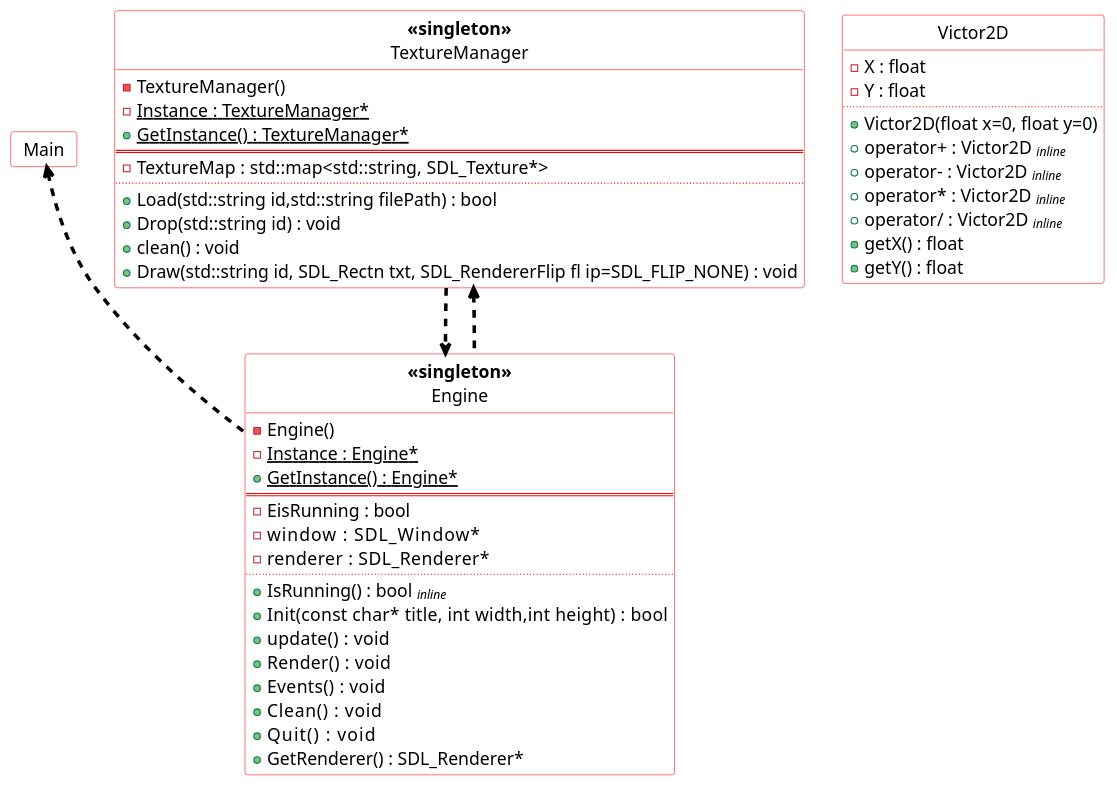
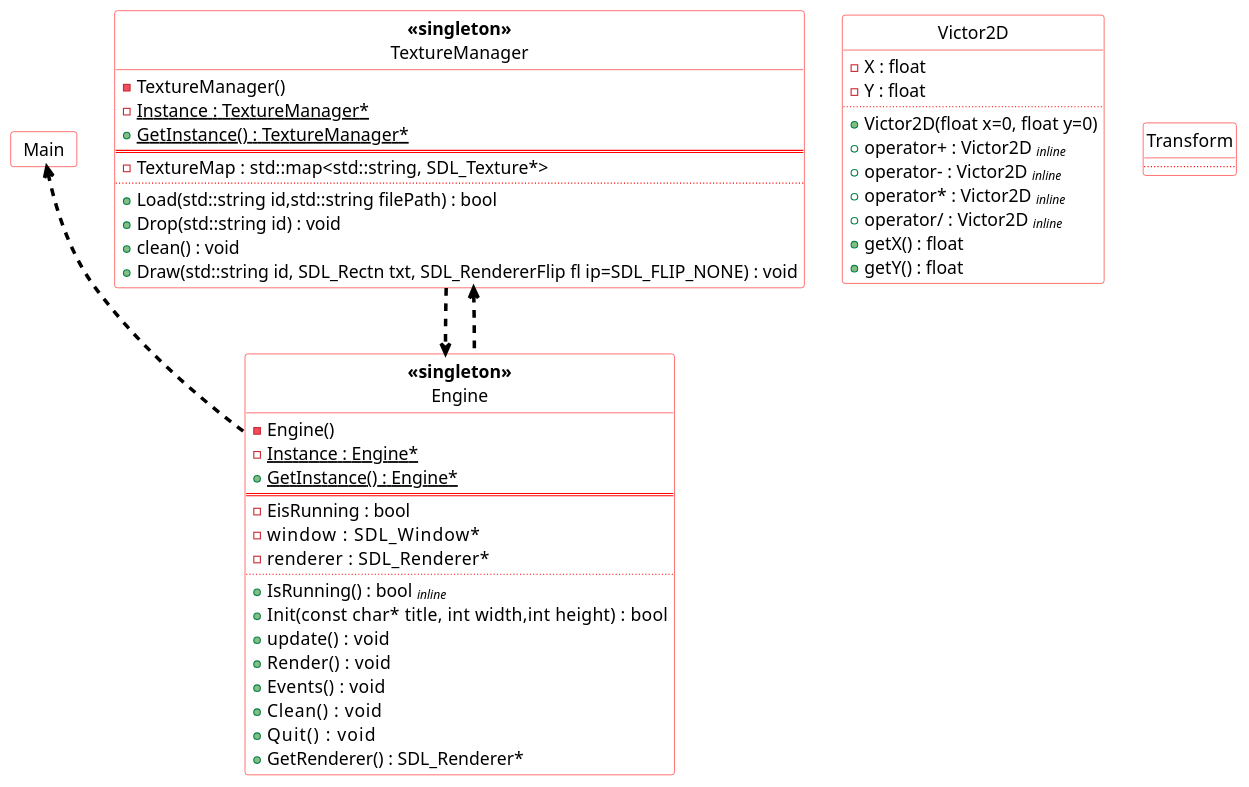
One commit to hael-mou/RPG-Game-v1.0 changed the diagram in uml/class.plantuml. Above: the diagram before and after it, drawn with PlantUML. The commit also changed 5 other files, not shown here.

```diff
--- a/uml/class.plantuml
+++ b/uml/class.plantuml
@@ -1,70 +1,74 @@
 @startuml class
 skinparam style strictuml
 skinparam DefaultFontName Tahoma
 skinparam DefaultFontSize 16
 skinparam DefaultFontStyle bold
 skinparam ClassBorderColor #red
 skinparam ClassBackgroundColor #white
 skinparam ArrowColor #000
 skinparam ArrowThickness 3.2
 skinparam NoteBackgroundColor #yellow
 skinparam NoteBorderColor #red
 skinparam NoteFontColor #red
 hide empty members
 
 class "  Main  " as Main{
     
 }
 
 class Engine <<singleton>>{
     - Engine()
     - {static} Instance : Engine*
     + {static} GetInstance() : Engine*
     ==
     - EisRunning : bool
     - window     : SDL_Window*
     - renderer   : SDL_Renderer*
     ..
     + IsRunning() : bool <size:11><i>inline</i></size>
     + Init(const char* title, int width,int height)    : bool
     + update()  : void
     + Render()  : void
     + Events()  : void
     + Clean()   : void
     + Quit()    : void
     + GetRenderer() : SDL_Renderer*
 }
 
 class TextureManager <<singleton>>{
     - TextureManager()
     - {static} Instance : TextureManager*
     + {static} GetInstance() : TextureManager*
     ==
     - TextureMap : std::map<std::string, SDL_Texture*>
     ..
     + Load(std::string id,std::string filePath) : bool
     + Drop(std::string id) : void
     + clean() : void
     + Draw(std::string id, SDL_Rectn txt, SDL_RendererFlip fl ip=SDL_FLIP_NONE) : void
 }
 
 class Victor2D{
     - X : float
     - Y : float
     ..
     + Victor2D(float x=0, float y=0)
     + operator+ : Victor2D <size:11><i>inline</i></size>
     + operator- : Victor2D <size:11><i>inline</i></size>
     + operator* : Victor2D <size:11><i>inline</i></size>
     + operator/ : Victor2D <size:11><i>inline</i></size>
     + getX() : float
     + getY() : float
 }
 
+class Transform{
+    ..
+}
+
 
 Main <.. Engine
 TextureManager ..> Engine
 TextureManager <.. Engine
 
 
 @enduml
```
